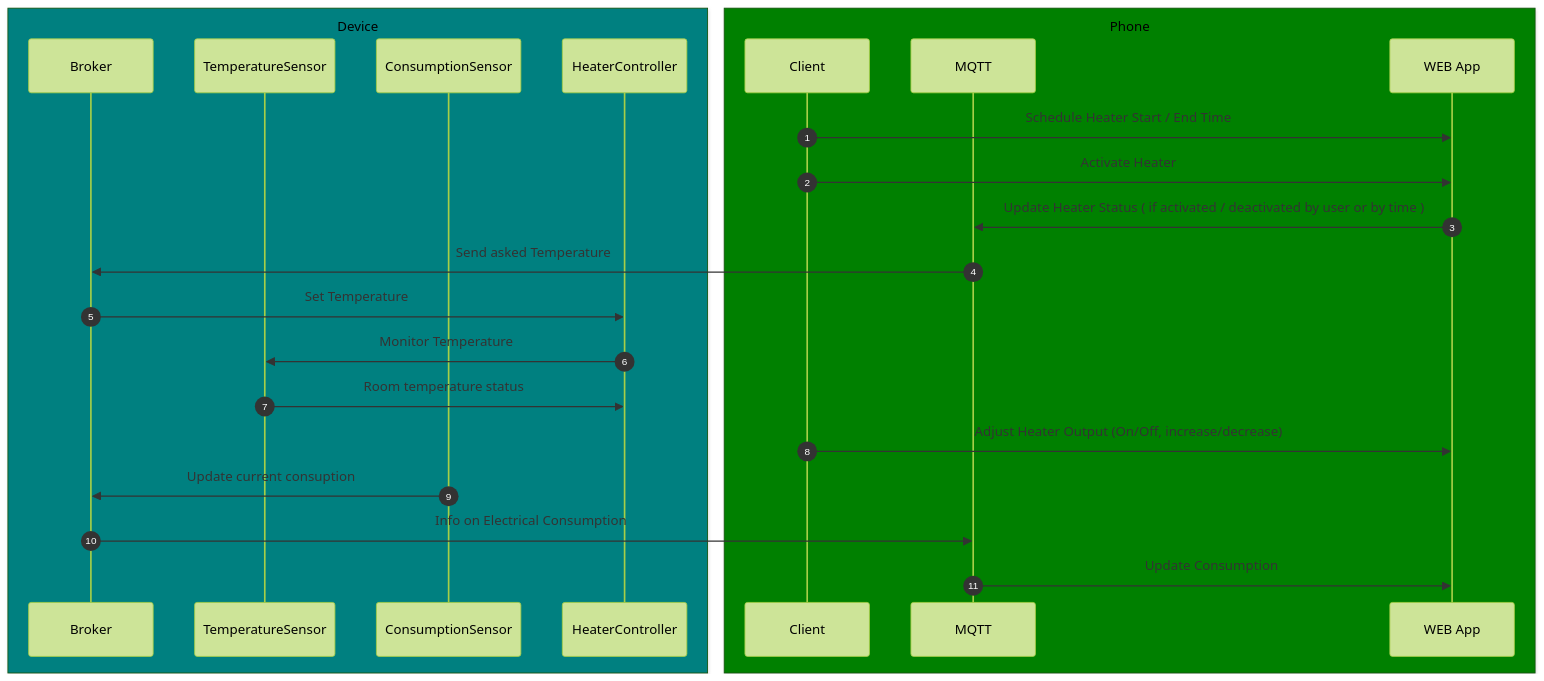
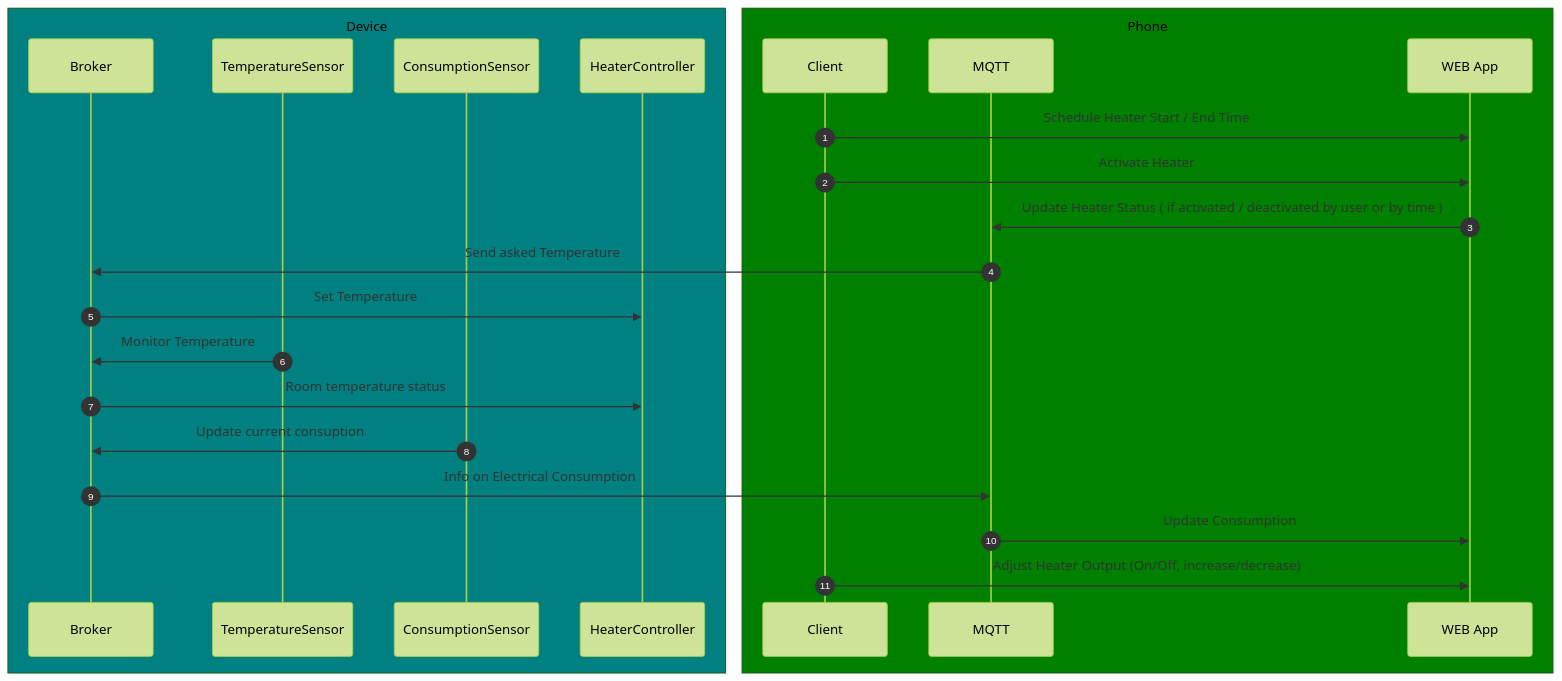
Before and after one commit to Home-N-Co/Heaters: the diagram in README.md, drawn with Mermaid (forest theme).

Commit message:
update all

````diff
--- a/README.md
+++ b/README.md
@@ -4,26 +4,26 @@
 ```mermaid
 sequenceDiagram
     autonumber
     box Teal Device
         participant B as Broker
         participant TS as TemperatureSensor
         participant CS as ConsumptionSensor
         participant HC as HeaterController
         end
     box Green Phone
         participant C as Client
         participant M as MQTT
         participant AP as WEB App
     end
         C ->> AP: Schedule Heater Start / End Time
         C ->> AP: Activate Heater
         AP ->> M: Update Heater Status ( if activated / deactivated by user or by time )
         M ->> B: Send asked Temperature
         B ->> HC: Set Temperature
-        HC ->> TS: Monitor Temperature
-        TS ->> HC: Room temperature status
-        C ->> AP: Adjust Heater Output (On/Off, increase/decrease)
+        TS ->> B: Monitor Temperature
+        B ->> HC: Room temperature status
         CS ->> B : Update current consuption
         B ->> M: Info on Electrical Consumption
-        M ->> AP: Update Consumption         
+        M ->> AP: Update Consumption
+        C ->> AP: Adjust Heater Output (On/Off, increase/decrease)
 ```
````
